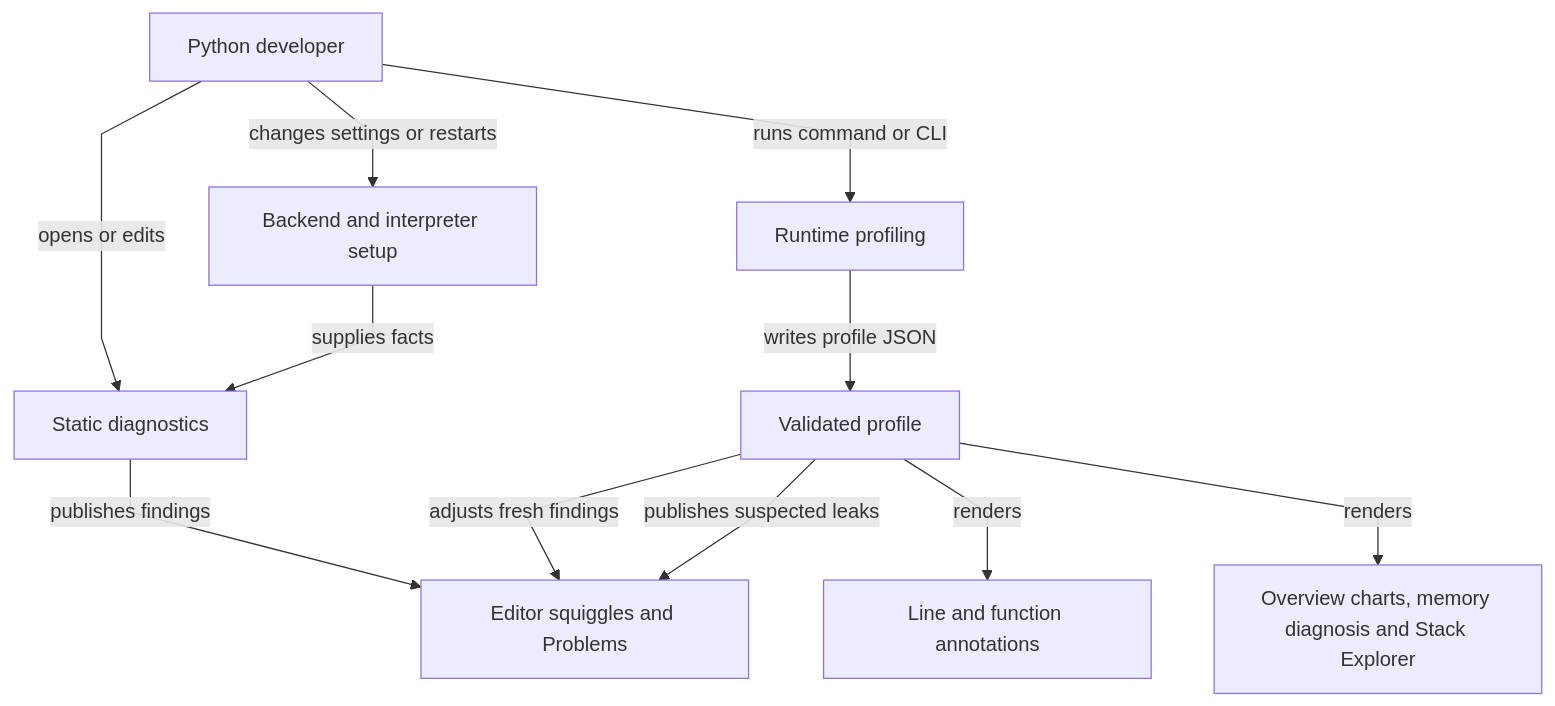
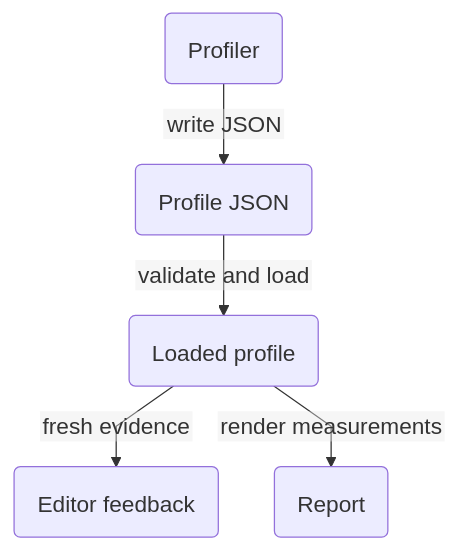
One commit to AashishTangnami/python-memory-guardian changed the second of 23 diagrams in docs/feature-map.md. Above: the diagram before and after it, drawn with Mermaid. The commit also changed other lines of this file, not shown here.

Commit message:
updated mermaid diagram for better readibility.

````diff
--- a/docs/feature-map.md
+++ b/docs/feature-map.md
@@ -26,14 +38,8 @@
 ```mermaid
-%%{init: {"fontFamily":"Inter, ui-sans-serif, system-ui, sans-serif","flowchart":{"curve":"linear","nodeSpacing":50,"rankSpacing":60},"layout":"dagre"}}%%
+%%{init: {"fontFamily":"Arial, sans-serif","themeVariables":{"fontSize":"18px","fontFamily":"Arial, sans-serif"},"flowchart":{"curve":"linear","nodeSpacing":32,"rankSpacing":40,"diagramPadding":8,"padding":18,"subGraphTitleMargin":{"top":10,"bottom":24},"htmlLabels":false},"layout":"dagre","htmlLabels":false,"themeCSS":".node rect, .cluster rect { rx: 10px; ry: 10px; } .label, .nodeLabel, .edgeLabel, .cluster-label { letter-spacing: normal; word-spacing: normal; } .edgeLabel rect { stroke: currentColor !important; stroke-width: 1px !important; stroke-dasharray: none; opacity: 1 !important; fill-opacity: 1; rx: 4px; ry: 4px; }"}}%%
 flowchart TD
-    User["Python developer"] -->|opens or edits| Static["Static diagnostics"]
-    User -->|runs command or CLI| Runtime["Runtime profiling"]
-    User -->|changes settings or restarts| Setup["Backend and interpreter setup"]
-    Setup -->|supplies facts| Static
-    Static -->|publishes findings| Problems["Editor squiggles and Problems"]
-    Runtime -->|writes profile JSON| Profile["Validated profile"]
-    Profile -->|renders| Inline["Line and function annotations"]
-    Profile -->|adjusts fresh findings| Problems
-    Profile -->|renders| Report["Overview charts, memory diagnosis and Stack Explorer"]
-    Profile -->|publishes suspected leaks| Problems
+Runtime("Profiler") -->|write JSON| JSON("Profile JSON")
+    JSON -->|validate and load| Profile("Loaded profile")
+    Profile -->|fresh evidence| Editor("Editor feedback")
+    Profile -->|render measurements| Report("Report")
 ```
````
